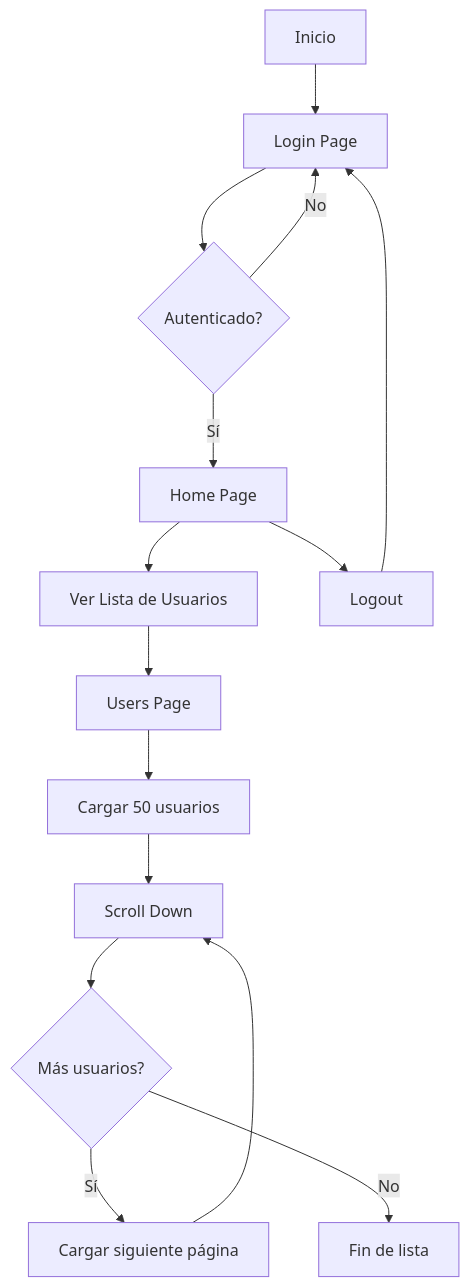
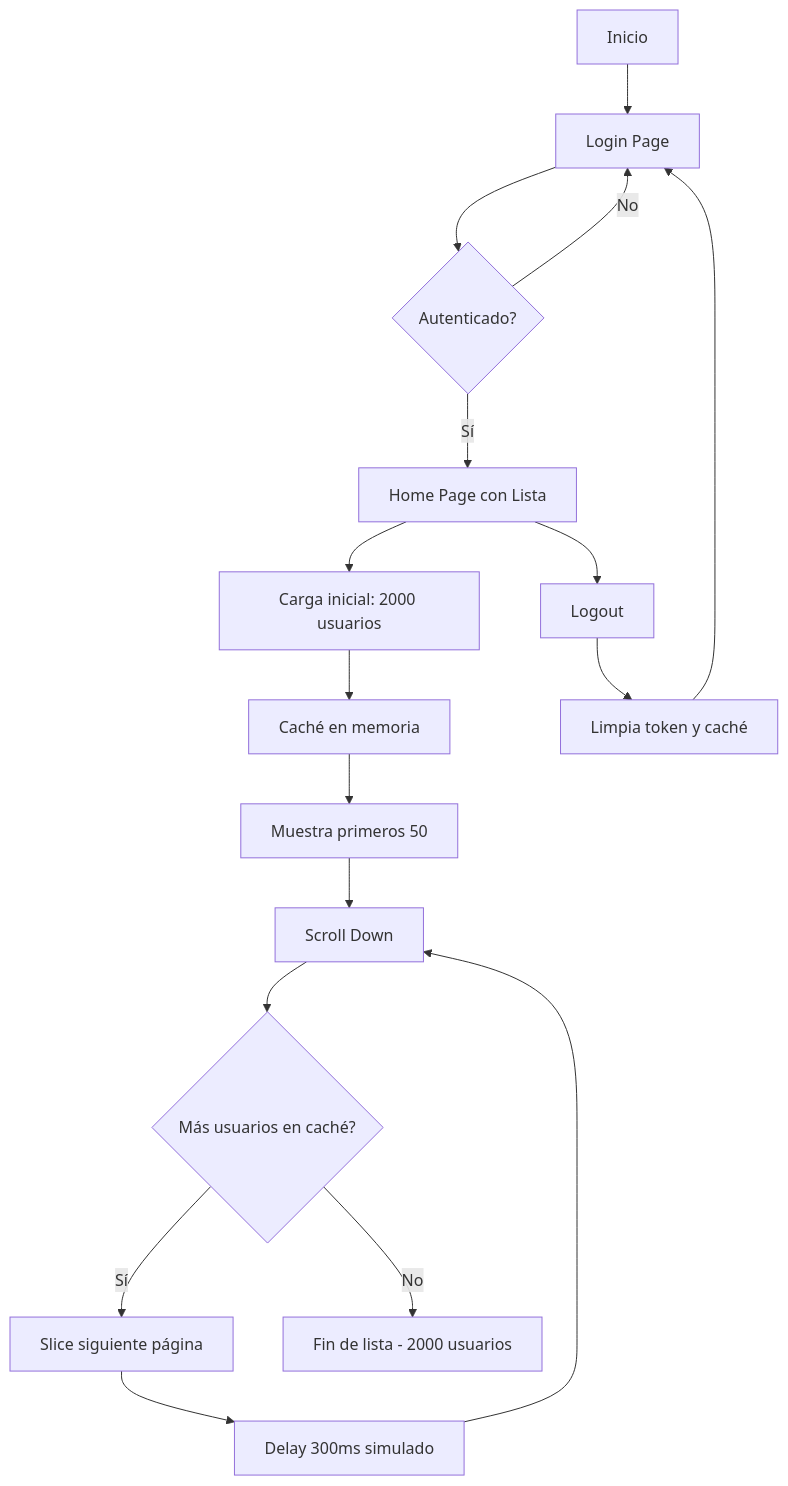
The diagram in README.md (Jmzp/optimized-fetching-process), drawn with Mermaid before and after one commit. The commit also changed other lines of this file and 4 other files, not shown here.

````diff
--- a/README.md
+++ b/README.md
@@ -370,17 +419,19 @@
 ```mermaid
 graph TD
     A[Inicio] --> B[Login Page]
     B --> C{Autenticado?}
     C -->|No| B
-    C -->|Sí| D[Home Page]
-    D --> E[Ver Lista de Usuarios]
-    E --> F[Users Page]
-    F --> G[Cargar 50 usuarios]
+    C -->|Sí| D[Home Page con Lista]
+    D --> E[Carga inicial: 2000 usuarios]
+    E --> F[Caché en memoria]
+    F --> G[Muestra primeros 50]
     G --> H[Scroll Down]
-    H --> I{Más usuarios?}
-    I -->|Sí| J[Cargar siguiente página]
-    J --> H
-    I -->|No| K[Fin de lista]
-    D --> L[Logout]
-    L --> B
+    H --> I{Más usuarios en caché?}
+    I -->|Sí| J[Slice siguiente página]
+    J --> K[Delay 300ms simulado]
+    K --> H
+    I -->|No| L[Fin de lista - 2000 usuarios]
+    D --> M[Logout]
+    M --> N[Limpia token y caché]
+    N --> B
 ```
````
